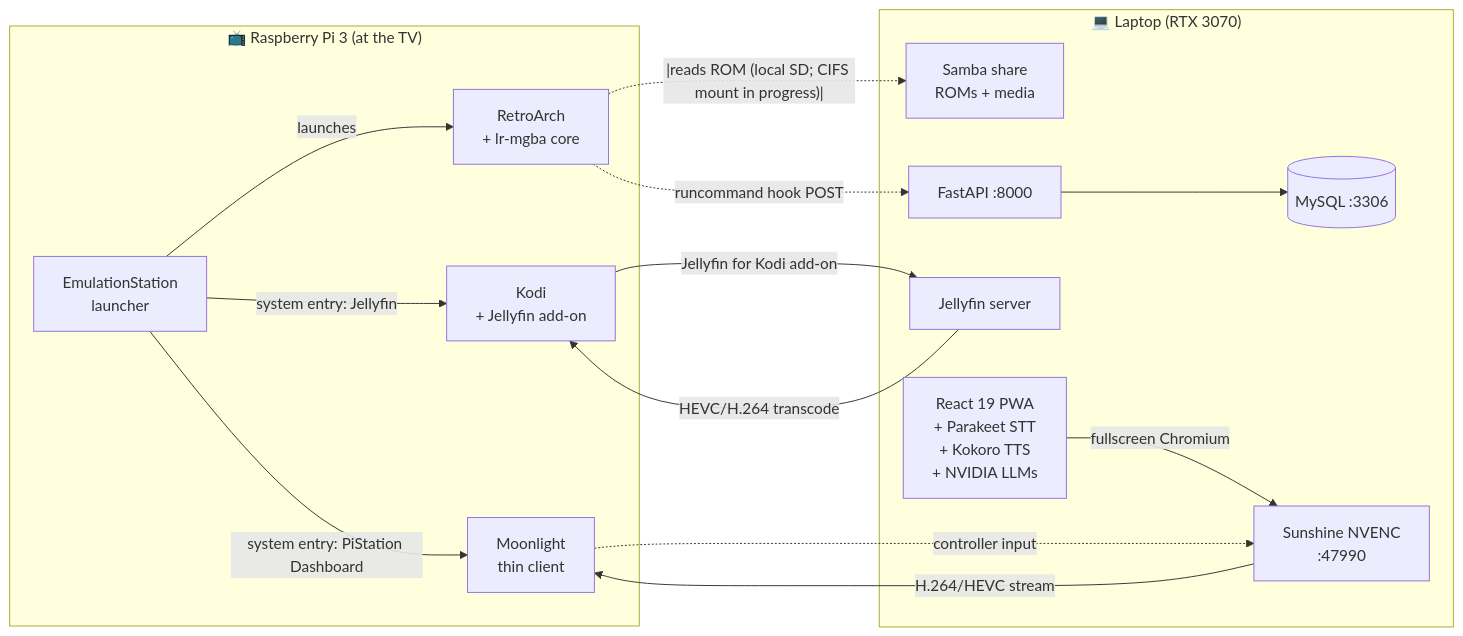
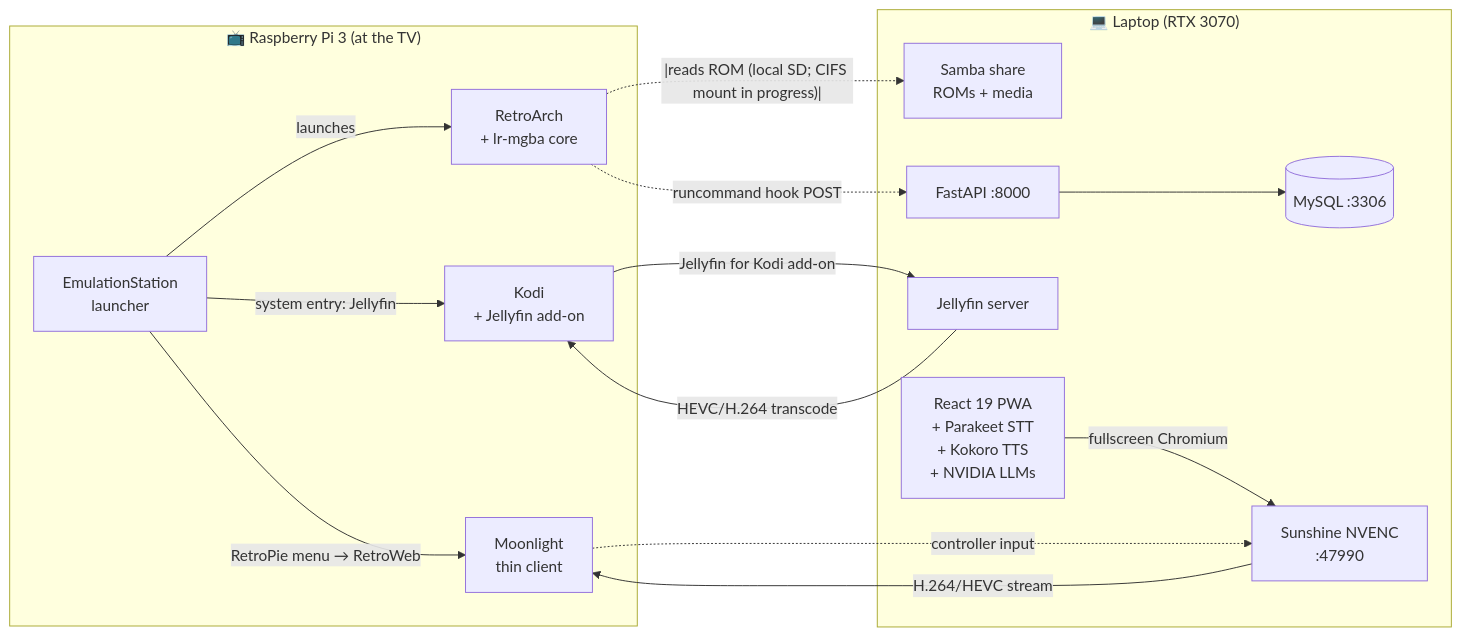
Before and after one commit to AlviHossain97/RetroWeb: the diagram in README.md, drawn with Mermaid. The commit also changed 5 other files, not shown here.

First line of the commit message:
revert dashboard ES system entry — keep RetroWeb in retropiemenu only

````diff
--- a/README.md
+++ b/README.md
@@ -30,30 +30,30 @@
 ```mermaid
 flowchart LR
   subgraph Pi["📺 Raspberry Pi 3 (at the TV)"]
     ES[EmulationStation<br/>launcher]
     RA[RetroArch<br/>+ lr-mgba core]
     KO[Kodi<br/>+ Jellyfin add-on]
     ML[Moonlight<br/>thin client]
   end
 
   subgraph Laptop["💻 Laptop (RTX 3070)"]
     SMB[Samba share<br/>ROMs + media]
     API[FastAPI :8000]
     MY[(MySQL :3306)]
     JF[Jellyfin server]
     DASH[React 19 PWA<br/>+ Parakeet STT<br/>+ Kokoro TTS<br/>+ NVIDIA LLMs]
     SUN[Sunshine NVENC<br/>:47990]
   end
 
   ES -->|launches| RA
   RA -.runcommand hook POST.-> API
   API --> MY
   RA -.|reads ROM (local SD; CIFS mount in progress)|.-> SMB
   ES -->|"system entry: Jellyfin"| KO
   KO -->|Jellyfin for Kodi add-on| JF
   JF -->|HEVC/H.264 transcode| KO
-  ES -->|"system entry: PiStation Dashboard"| ML
+  ES -->|"RetroPie menu → RetroWeb"| ML
   DASH -->|fullscreen Chromium| SUN
   SUN -->|H.264/HEVC stream| ML
   ML -.controller input.-> SUN
 ```
````
